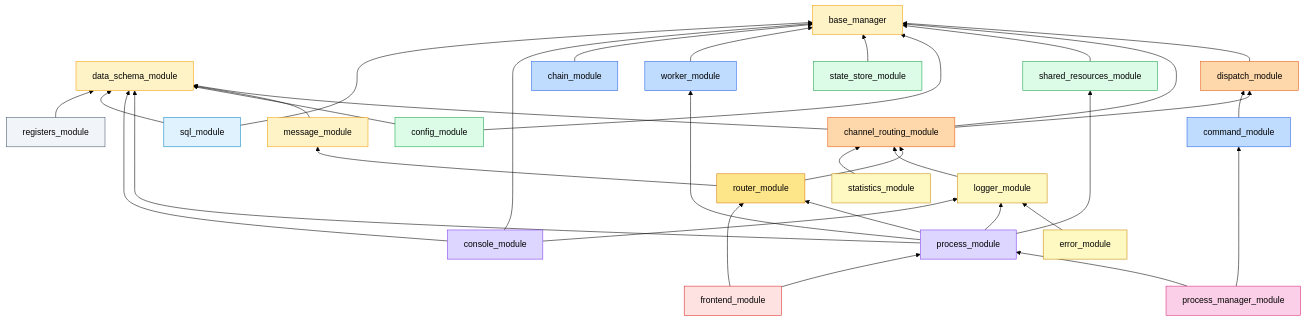
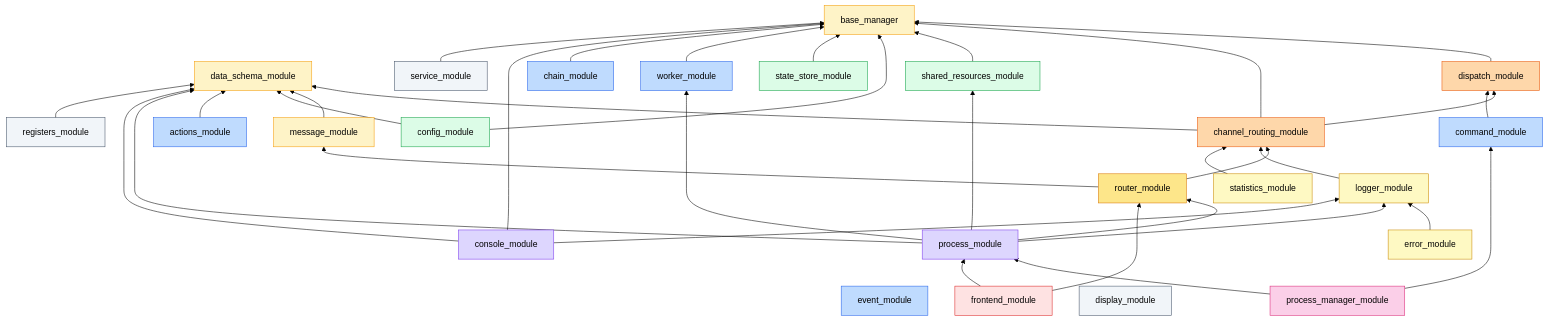
Before and after one commit to TWOKRAI/Inspector_bottles: the first of 6 diagrams in multiprocess_framework/docs/CONSTRUCTOR_BLUEPRINT.md, drawn with Mermaid (forest theme). The commit also changed other lines of this file and 14 other files, not shown here.

```diff
--- a/multiprocess_framework/docs/CONSTRUCTOR_BLUEPRINT.md
+++ b/multiprocess_framework/docs/CONSTRUCTOR_BLUEPRINT.md
@@ -70,7 +74,10 @@
   config[config_module]:::l5
   state_store[state_store_module]:::l5
 
+  event[event_module]:::l6
+
   command[command_module]:::l6
+  actions[actions_module]:::l6
   worker[worker_module]:::l6
   chain[chain_module]:::l6
 
@@ -79,7 +86,8 @@
 
   pmgr[process_manager_module]:::l8
 
-  sql[sql_module]:::l9
+  service[service_module]:::l10
+  display[display_module]:::l10
 
   registers[registers_module]:::l10
 
@@ -100,6 +108,7 @@
   config --> schema
   state_store --> base
   command --> dispatch
+  actions --> schema
   worker --> base
   chain --> base
   process --> worker
@@ -112,8 +121,7 @@
   console --> logger
   pmgr --> process
   pmgr --> command
-  sql --> base
-  sql --> schema
+  service --> base
   registers --> schema
   frontend --> process
   frontend --> router
```
